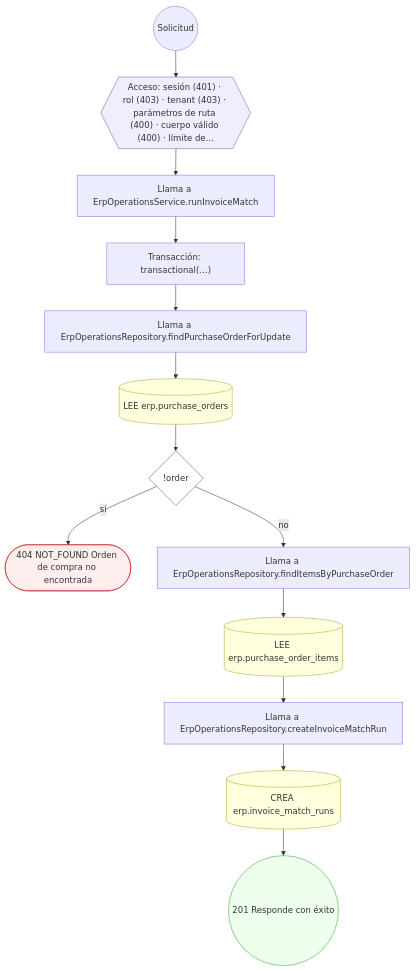
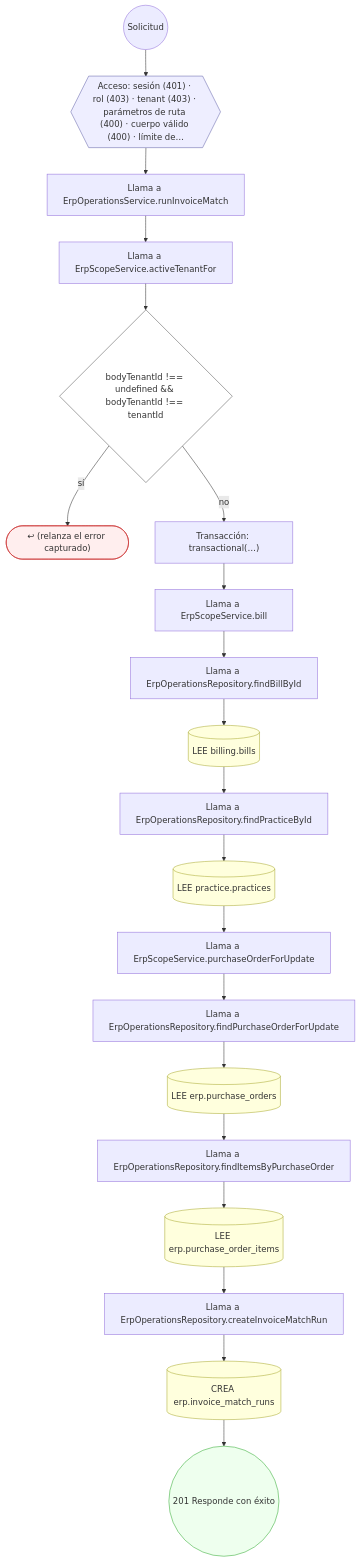
Before and after one commit to mdavila-2001/mantra-core-health-api: the second of 16 diagrams in docs/inventario/flujos/erp.md, drawn with Mermaid. The commit also changed other lines of this file and 438 other files, not shown here.

````diff
--- a/docs/inventario/flujos/erp.md
+++ b/docs/inventario/flujos/erp.md
@@ -230,34 +244,48 @@
 ```mermaid
 flowchart TD
   n1(("Solicitud")):::inicio
   n2{{"Acceso: sesión (401) · rol (403) · tenant (403) · parámetros de ruta (400) · cuerpo válido (400) · límite de…"}}:::acceso
   n1 --> n2
   n3["Llama a ErpOperationsService.runInvoiceMatch"]:::llamada
   n2 --> n3
-  n4["Transacción: transactional(…)"]:::transaccion
+  n4["Llama a ErpScopeService.activeTenantFor"]:::llamada
   n3 --> n4
-  n5["Llama a ErpOperationsRepository.findPurchaseOrderForUpdate"]:::llamada
+  n5{"bodyTenantId !== undefined && bodyTenantId !== tenantId"}:::decision
   n4 --> n5
-  n6[("LEE erp.purchase_orders")]:::efecto
-  n5 --> n6
-  n7{"!order"}:::decision
-  n6 --> n7
-  n8(["404 NOT_FOUND Orden de compra no encontrada"]):::error
-  n7 -->|"sí"| n8
-  n9["Llama a ErpOperationsRepository.findItemsByPurchaseOrder"]:::llamada
-  n7 -->|"no"| n9
-  n10[("LEE erp.purchase_order_items")]:::efecto
+  n6(["↩ (relanza el error capturado)"]):::error
+  n5 -->|"sí"| n6
+  n7["Transacción: transactional(…)"]:::transaccion
+  n5 -->|"no"| n7
+  n8["Llama a ErpScopeService.bill"]:::llamada
+  n7 --> n8
+  n9["Llama a ErpOperationsRepository.findBillById"]:::llamada
+  n8 --> n9
+  n10[("LEE billing.bills")]:::efecto
   n9 --> n10
-  n11["Llama a ErpOperationsRepository.createInvoiceMatchRun"]:::llamada
+  n11["Llama a ErpOperationsRepository.findPracticeById"]:::llamada
   n10 --> n11
-  n12[("CREA erp.invoice_match_runs")]:::efecto
+  n12[("LEE practice.practices")]:::efecto
   n11 --> n12
-  n13(("201 Responde con éxito")):::ok
+  n13["Llama a ErpScopeService.purchaseOrderForUpdate"]:::llamada
   n12 --> n13
+  n14["Llama a ErpOperationsRepository.findPurchaseOrderForUpdate"]:::llamada
+  n13 --> n14
+  n15[("LEE erp.purchase_orders")]:::efecto
+  n14 --> n15
+  n16["Llama a ErpOperationsRepository.findItemsByPurchaseOrder"]:::llamada
+  n15 --> n16
+  n17[("LEE erp.purchase_order_items")]:::efecto
+  n16 --> n17
+  n18["Llama a ErpOperationsRepository.createInvoiceMatchRun"]:::llamada
+  n17 --> n18
+  n19[("CREA erp.invoice_match_runs")]:::efecto
+  n18 --> n19
+  n20(("201 Responde con éxito")):::ok
+  n19 --> n20
   classDef acceso fill:#eef,stroke:#66a
   classDef error fill:#fee,stroke:#c33
   classDef ok fill:#efe,stroke:#3a3
   classDef efecto fill:#ffd,stroke:#aa3
   classDef decision fill:#fff,stroke:#555
   classDef corte fill:#eee,stroke:#999,stroke-dasharray: 4
 ```
````
